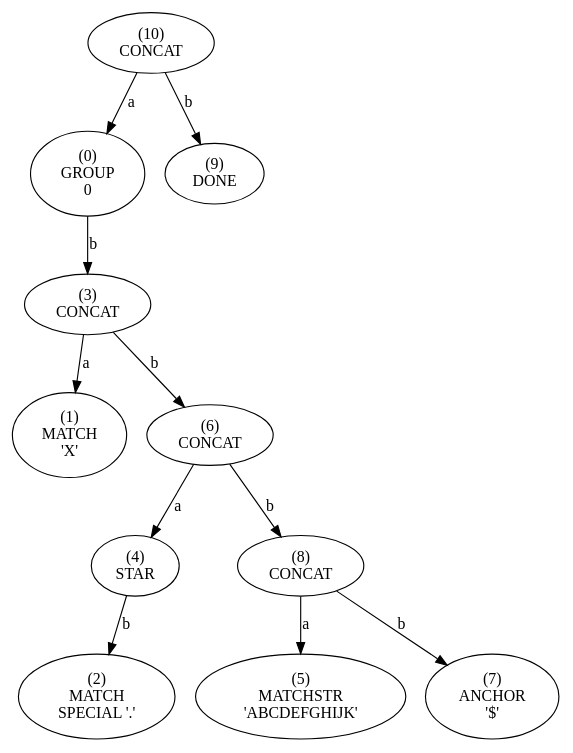
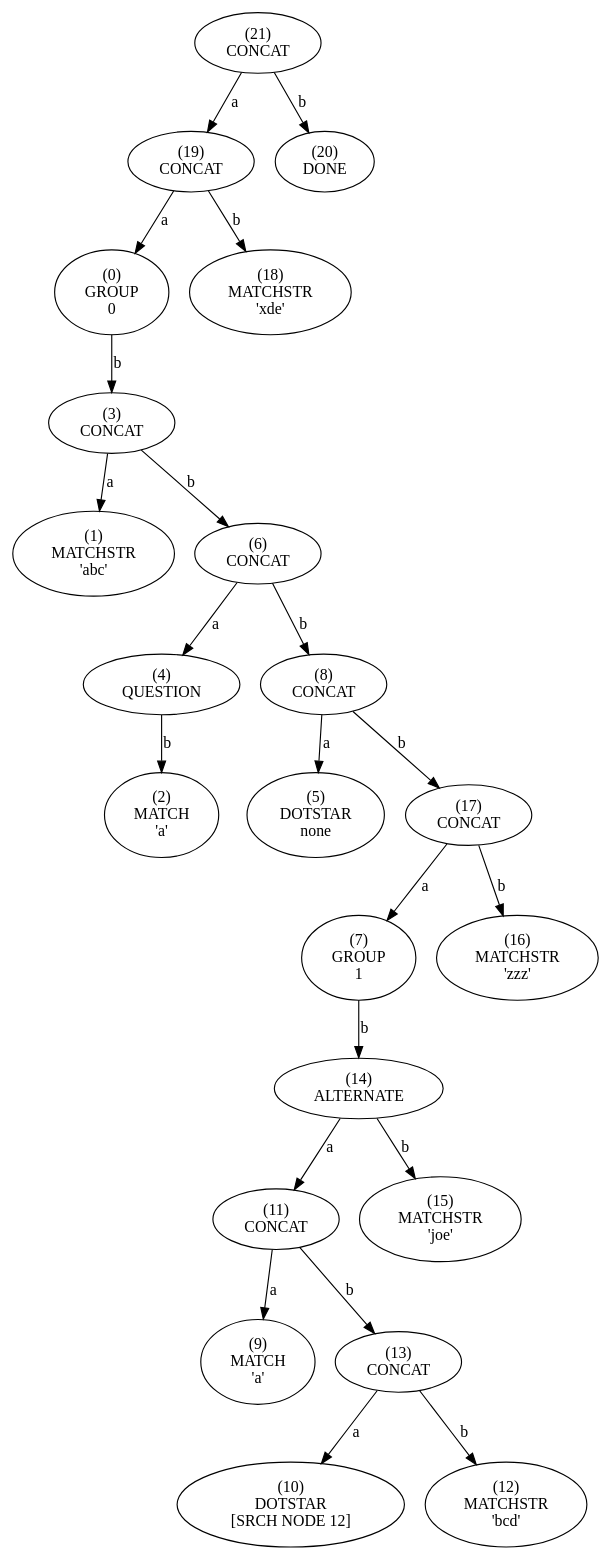
Before and after one commit to essele/rele: the diagram in tree/lee.dot, drawn with Graphviz. The commit also changed 14 other files, not shown here.

```diff
--- a/tree/lee.dot
+++ b/tree/lee.dot
@@ -1,45 +1,89 @@
 digraph tree {
-    n0xb85995d37420 [label="(10)
+    n0xb28a2a969580 [label="(21)
 CONCAT
 "];
-    n0xb85995d37420 -> n0xb85995d372e0 [label="a"];
-    n0xb85995d372e0 [label="(0)
+    n0xb28a2a969580 -> n0xb28a2a969540 [label="a"];
+    n0xb28a2a969540 [label="(19)
+CONCAT
+"];
+    n0xb28a2a969540 -> n0xb28a2a9692e0 [label="a"];
+    n0xb28a2a9692e0 [label="(0)
 GROUP
 0"];
-    n0xb85995d372e0 -> n0xb85995d37340 [label="b"];
-    n0xb85995d37340 [label="(3)
+    n0xb28a2a9692e0 -> n0xb28a2a969340 [label="b"];
+    n0xb28a2a969340 [label="(3)
 CONCAT
 "];
-    n0xb85995d37340 -> n0xb85995d37300 [label="a"];
-    n0xb85995d37300 [label="(1)
-MATCH
-'X'"];
-    n0xb85995d37340 -> n0xb85995d373a0 [label="b"];
-    n0xb85995d373a0 [label="(6)
+    n0xb28a2a969340 -> n0xb28a2a969300 [label="a"];
+    n0xb28a2a969300 [label="(1)
+MATCHSTR
+'abc'"];
+    n0xb28a2a969340 -> n0xb28a2a9693a0 [label="b"];
+    n0xb28a2a9693a0 [label="(6)
 CONCAT
 "];
-    n0xb85995d373a0 -> n0xb85995d37360 [label="a"];
-    n0xb85995d37360 [label="(4)
-STAR
+    n0xb28a2a9693a0 -> n0xb28a2a969360 [label="a"];
+    n0xb28a2a969360 [label="(4)
+QUESTION
 "];
-    n0xb85995d37360 -> n0xb85995d37320 [label="b"];
-    n0xb85995d37320 [label="(2)
+    n0xb28a2a969360 -> n0xb28a2a969320 [label="b"];
+    n0xb28a2a969320 [label="(2)
 MATCH
-SPECIAL '.'"];
-    n0xb85995d373a0 -> n0xb85995d373e0 [label="b"];
-    n0xb85995d373e0 [label="(8)
+'a'"];
+    n0xb28a2a9693a0 -> n0xb28a2a9693e0 [label="b"];
+    n0xb28a2a9693e0 [label="(8)
 CONCAT
 "];
-    n0xb85995d373e0 -> n0xb85995d37380 [label="a"];
-    n0xb85995d37380 [label="(5)
+    n0xb28a2a9693e0 -> n0xb28a2a969380 [label="a"];
+    n0xb28a2a969380 [label="(5)
+DOTSTAR
+none"];
+    n0xb28a2a9693e0 -> n0xb28a2a969500 [label="b"];
+    n0xb28a2a969500 [label="(17)
+CONCAT
+"];
+    n0xb28a2a969500 -> n0xb28a2a9693c0 [label="a"];
+    n0xb28a2a9693c0 [label="(7)
+GROUP
+1"];
+    n0xb28a2a9693c0 -> n0xb28a2a9694a0 [label="b"];
+    n0xb28a2a9694a0 [label="(14)
+ALTERNATE
+"];
+    n0xb28a2a9694a0 -> n0xb28a2a969440 [label="a"];
+    n0xb28a2a969440 [label="(11)
+CONCAT
+"];
+    n0xb28a2a969440 -> n0xb28a2a969400 [label="a"];
+    n0xb28a2a969400 [label="(9)
+MATCH
+'a'"];
+    n0xb28a2a969440 -> n0xb28a2a969480 [label="b"];
+    n0xb28a2a969480 [label="(13)
+CONCAT
+"];
+    n0xb28a2a969480 -> n0xb28a2a969420 [label="a"];
+    n0xb28a2a969420 [label="(10)
+DOTSTAR
+[SRCH NODE 12]"];
+    n0xb28a2a969480 -> n0xb28a2a969460 [label="b"];
+    n0xb28a2a969460 [label="(12)
 MATCHSTR
-'ABCDEFGHIJK'"];
-    n0xb85995d373e0 -> n0xb85995d373c0 [label="b"];
-    n0xb85995d373c0 [label="(7)
-ANCHOR
-'$'"];
-    n0xb85995d37420 -> n0xb85995d37400 [label="b"];
-    n0xb85995d37400 [label="(9)
+'bcd'"];
+    n0xb28a2a9694a0 -> n0xb28a2a9694c0 [label="b"];
+    n0xb28a2a9694c0 [label="(15)
+MATCHSTR
+'joe'"];
+    n0xb28a2a969500 -> n0xb28a2a9694e0 [label="b"];
+    n0xb28a2a9694e0 [label="(16)
+MATCHSTR
+'zzz'"];
+    n0xb28a2a969540 -> n0xb28a2a969520 [label="b"];
+    n0xb28a2a969520 [label="(18)
+MATCHSTR
+'xde'"];
+    n0xb28a2a969580 -> n0xb28a2a969560 [label="b"];
+    n0xb28a2a969560 [label="(20)
 DONE
 "];
 }
```
